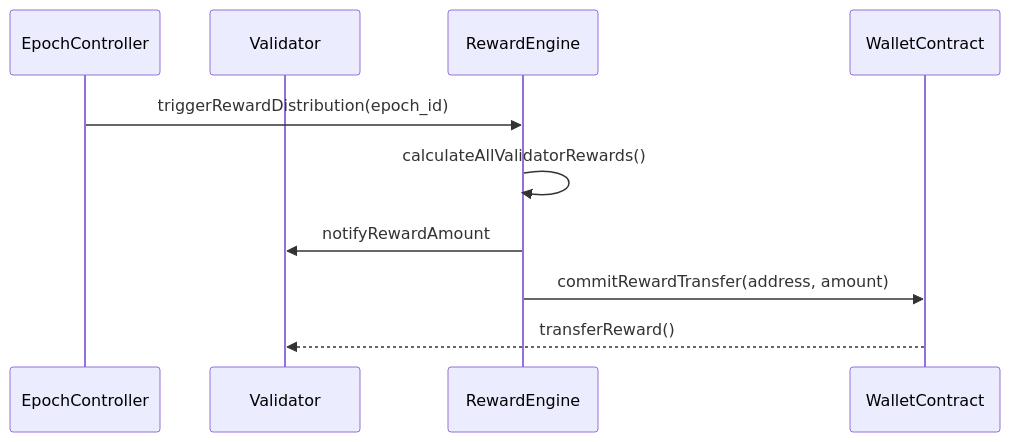
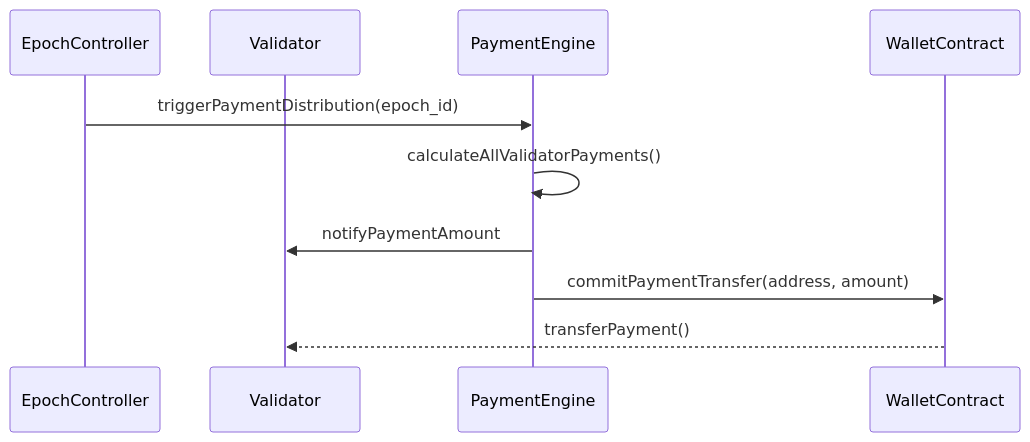
The diagram in 11_validator_staking_and_payments/payment_distribution_engine.md (Aros-Technology-Studio/AST-Aros-Financial-Paradigm), drawn with Mermaid before and after one commit. The commit also changed other lines of this file and 10 other files, not shown here.

Commit message:
move validator_staking_and_payments to 11_validator_staking_and_payments

````diff
--- a/11_validator_staking_and_payments/payment_distribution_engine.md
+++ b/11_validator_staking_and_payments/payment_distribution_engine.md
@@ -45,14 +45,14 @@
 ```mermaid
 sequenceDiagram
     participant E as EpochController
     participant V as Validator
-    participant R as RewardEngine
+    participant R as PaymentEngine
     participant W as WalletContract
 
-    E->>R: triggerRewardDistribution(epoch_id)
-    R->>R: calculateAllValidatorRewards()
-    R->>V: notifyRewardAmount
-    R->>W: commitRewardTransfer(address, amount)
-    W-->>V: transferReward()
+    E->>R: triggerPaymentDistribution(epoch_id)
+    R->>R: calculateAllValidatorPayments()
+    R->>V: notifyPaymentAmount
+    R->>W: commitPaymentTransfer(address, amount)
+    W-->>V: transferPayment()
 
 ```
````
